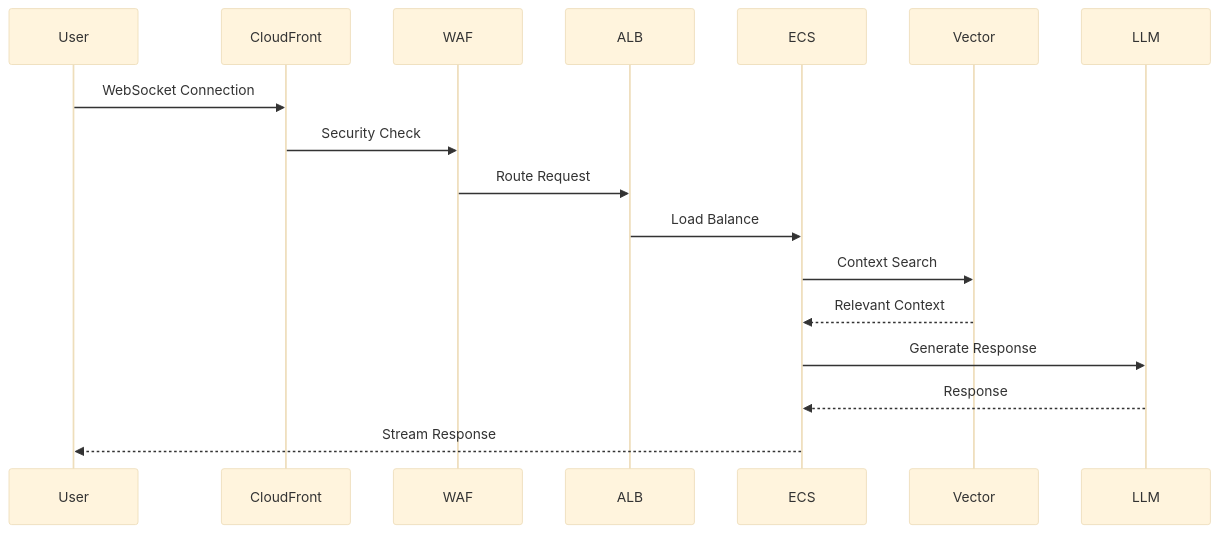
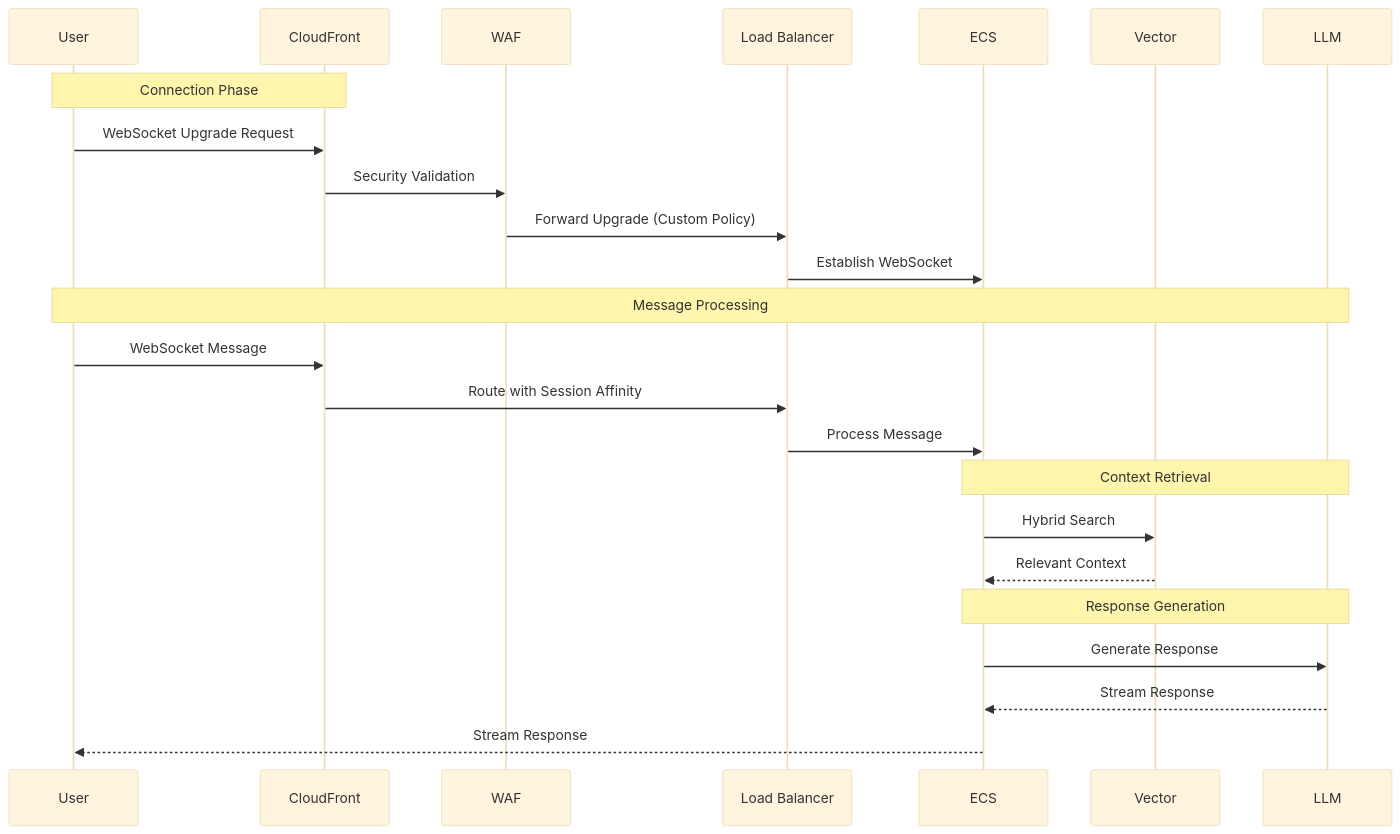
The third of 8 diagrams in memory-bank/systemPatterns.md (laialex501/lorechat-cdk), drawn with Mermaid (base theme) before and after one commit. The commit also changed other lines of this file and 7 other files, not shown here.

````diff
--- a/memory-bank/systemPatterns.md
+++ b/memory-bank/systemPatterns.md
@@ -81,20 +81,30 @@
 ```mermaid
 sequenceDiagram
     participant User
-    participant CloudFront
+    participant CF as CloudFront
     participant WAF
-    participant ALB
+    participant ALB as Load Balancer
     participant ECS
     participant Vector
     participant LLM
     
-    User->>CloudFront: WebSocket Connection
-    CloudFront->>WAF: Security Check
-    WAF->>ALB: Route Request
-    ALB->>ECS: Load Balance
-    ECS->>Vector: Context Search
+    Note over User,CF: Connection Phase
+    User->>CF: WebSocket Upgrade Request
+    CF->>WAF: Security Validation
+    WAF->>ALB: Forward Upgrade (Custom Policy)
+    ALB->>ECS: Establish WebSocket
+    
+    Note over User,LLM: Message Processing
+    User->>CF: WebSocket Message
+    CF->>ALB: Route with Session Affinity
+    ALB->>ECS: Process Message
+    
+    Note over ECS,LLM: Context Retrieval
+    ECS->>Vector: Hybrid Search
     Vector-->>ECS: Relevant Context
+    
+    Note over ECS,LLM: Response Generation
     ECS->>LLM: Generate Response
-    LLM-->>ECS: Response
+    LLM-->>ECS: Stream Response
     ECS-->>User: Stream Response
 ```
````
